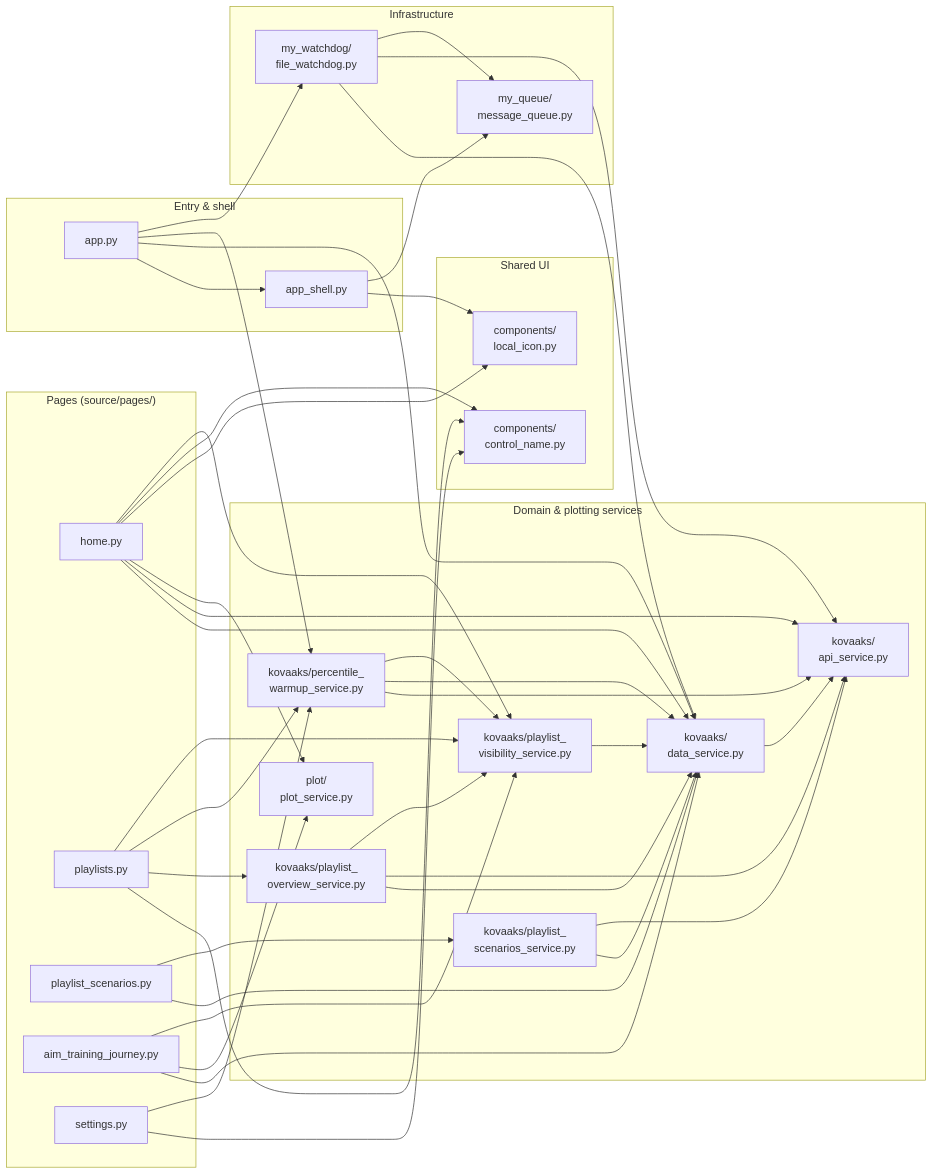
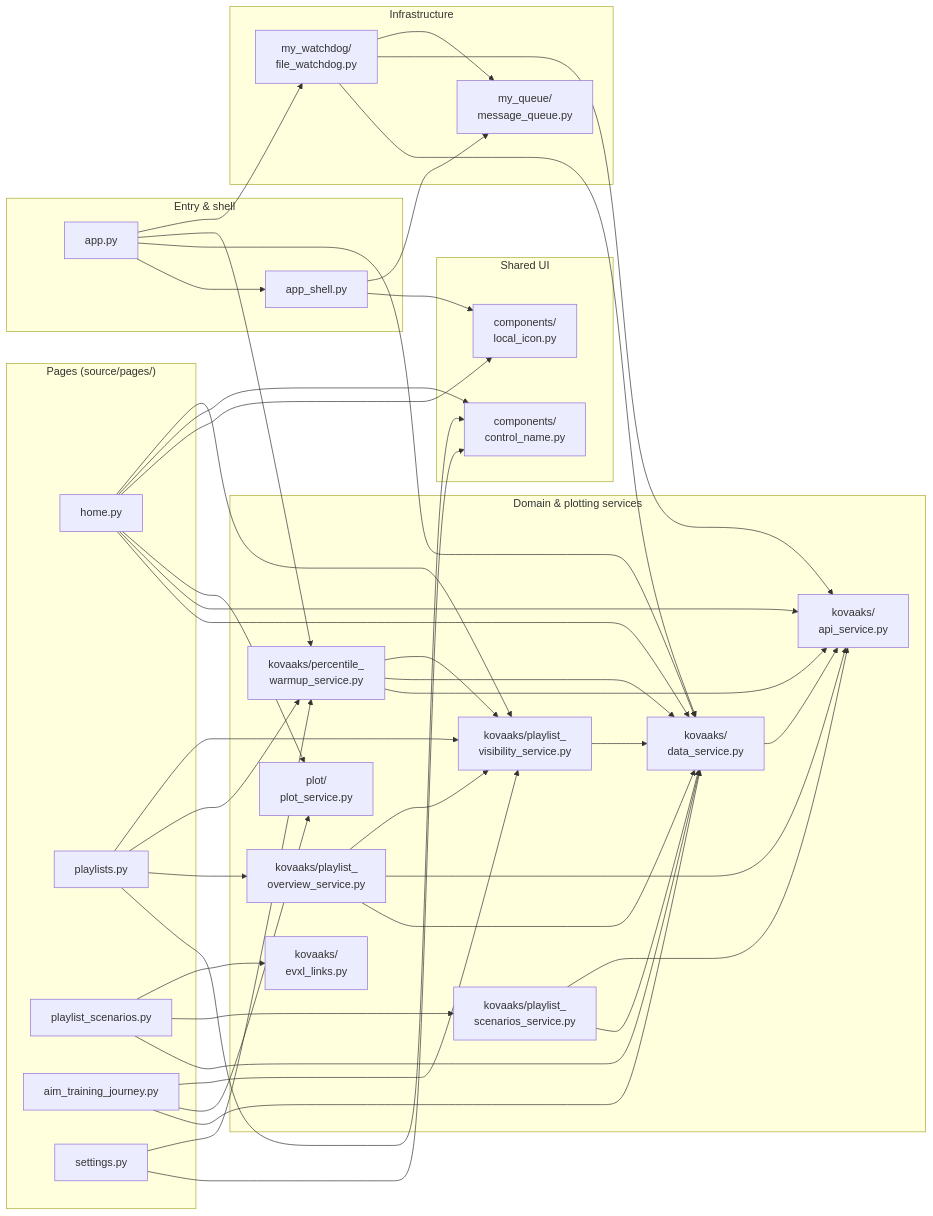
Before and after one commit to MingoDynasty/Corporate-Serf-Dashboard: the third of 3 diagrams in docs/architecture.md, drawn with Mermaid. The commit also changed other lines of this file and 5 other files, not shown here.

````diff
--- a/docs/architecture.md
+++ b/docs/architecture.md
@@ -212,76 +213,78 @@
 ```mermaid
 flowchart LR
     subgraph Entry["Entry & shell"]
         App["app.py"]
         Shell["app_shell.py"]
     end
 
     subgraph Pages["Pages (source/pages/)"]
         Home["home.py"]
         Playlists["playlists.py"]
         PlaylistScenarios["playlist_scenarios.py"]
         Journey["aim_training_journey.py"]
         SettingsPage["settings.py"]
     end
 
     subgraph SharedUI["Shared UI"]
         LocalIcon["components/<br/>local_icon.py"]
         ControlName["components/<br/>control_name.py"]
     end
 
     subgraph Services["Domain & plotting services"]
         DataService["kovaaks/<br/>data_service.py"]
         ApiService["kovaaks/<br/>api_service.py"]
         WarmupService["kovaaks/percentile_<br/>warmup_service.py"]
         PlaylistService["kovaaks/playlist_<br/>scenarios_service.py"]
         OverviewService["kovaaks/playlist_<br/>overview_service.py"]
         Visibility["kovaaks/playlist_<br/>visibility_service.py"]
+        EvxlLinks["kovaaks/<br/>evxl_links.py"]
         PlotService["plot/<br/>plot_service.py"]
     end
 
     subgraph Infra["Infrastructure"]
         FileWatchdog["my_watchdog/<br/>file_watchdog.py"]
         Queue["my_queue/<br/>message_queue.py"]
     end
 
     App --> Shell
     App --> DataService
     App --> WarmupService
     App --> FileWatchdog
 
     Shell --> LocalIcon
     Shell --> Queue
     Home --> DataService
     Home --> ApiService
     Home --> PlotService
     Home --> LocalIcon
     Home --> ControlName
     Playlists --> ControlName
     SettingsPage --> ControlName
     Playlists --> OverviewService
     Playlists --> WarmupService
     WarmupService --> ApiService
     WarmupService --> DataService
     WarmupService --> Visibility
     PlaylistScenarios --> DataService
     PlaylistScenarios --> PlaylistService
+    PlaylistScenarios --> EvxlLinks
     Journey --> DataService
     Journey --> PlotService
     SettingsPage --> WarmupService
 
     Home --> Visibility
     Journey --> Visibility
     Playlists --> Visibility
 
     PlaylistService --> DataService
     PlaylistService --> ApiService
     OverviewService --> DataService
     OverviewService --> ApiService
     OverviewService --> Visibility
     Visibility --> DataService
     DataService --> ApiService
 
     FileWatchdog --> DataService
     FileWatchdog --> ApiService
     FileWatchdog --> Queue
 ```
````
